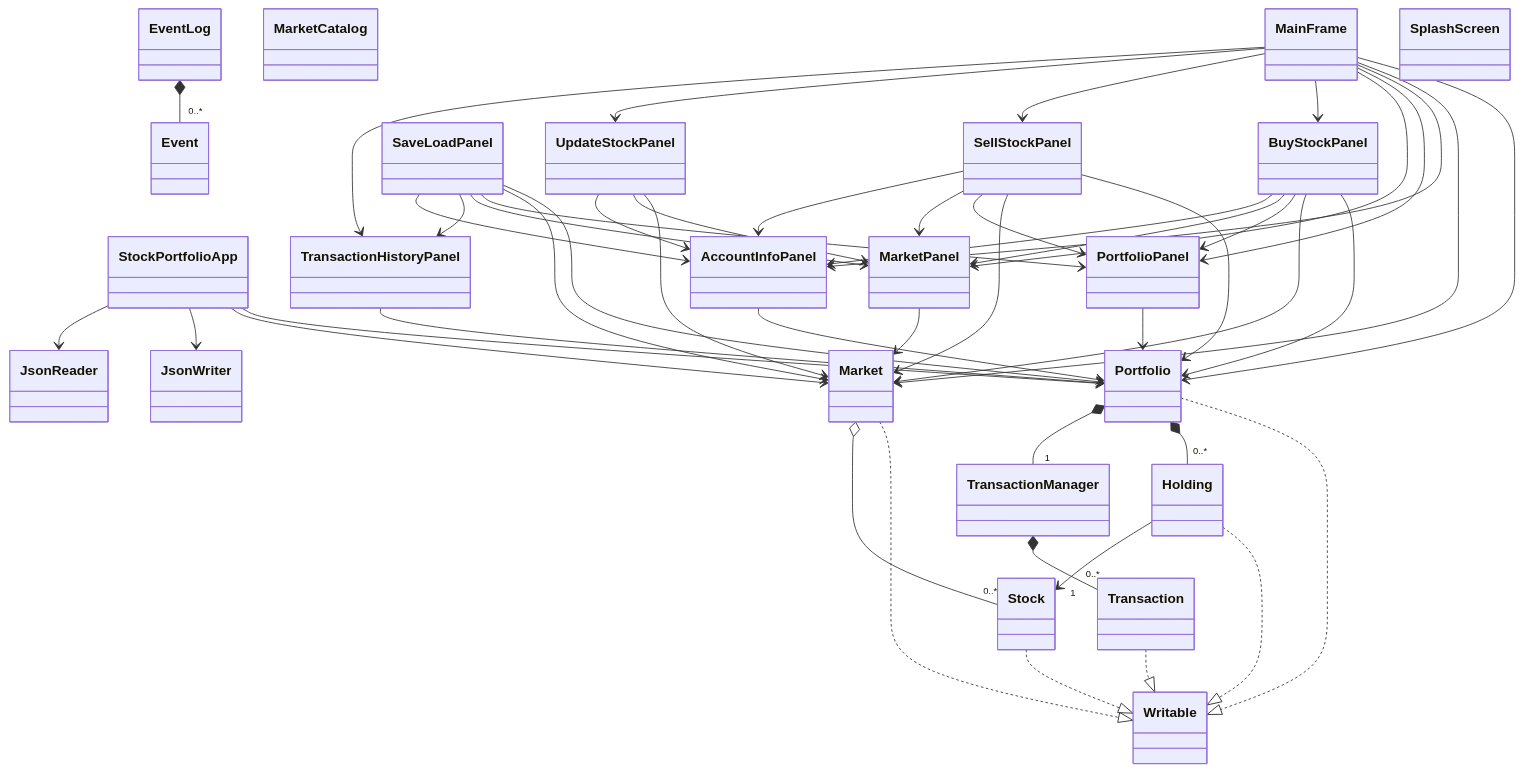
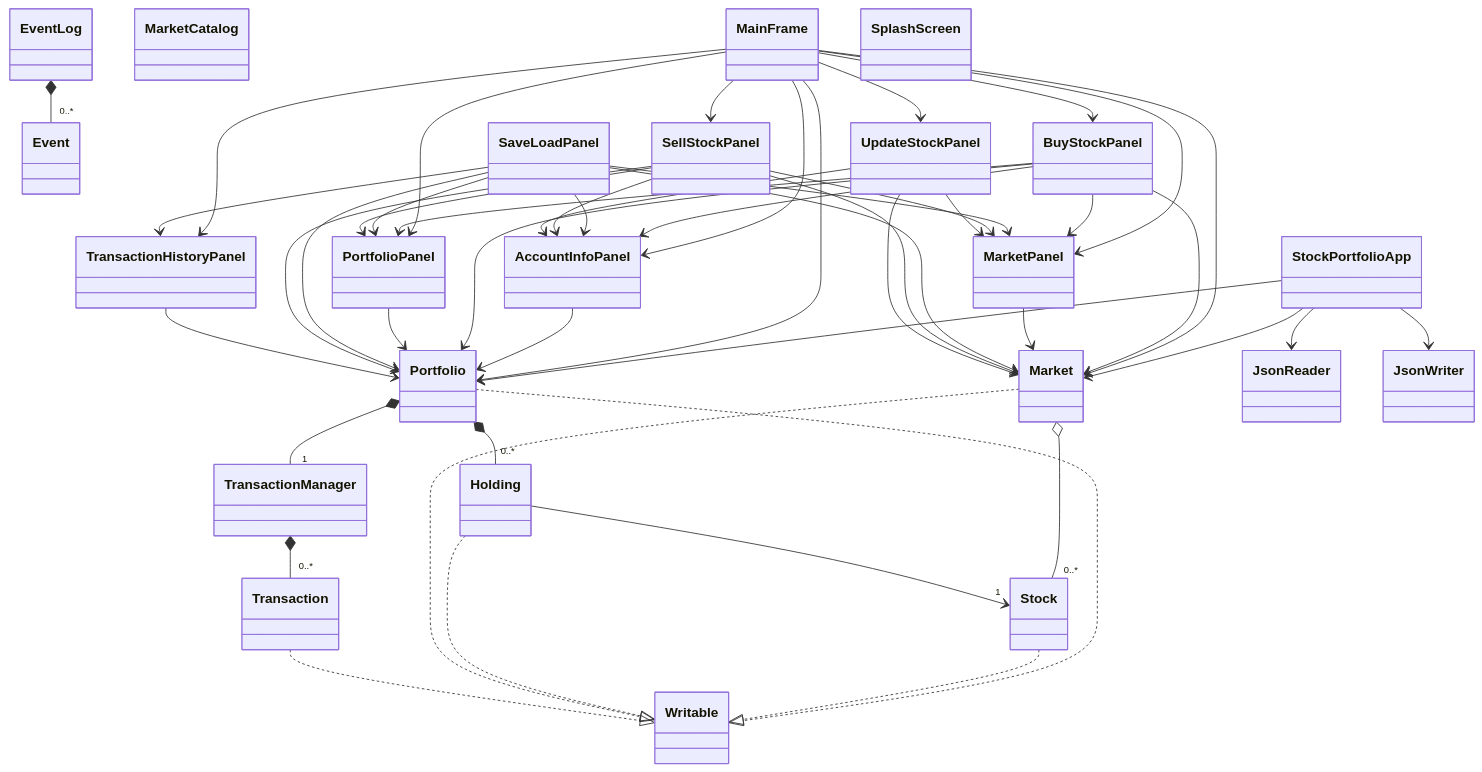
One commit to thaibinhbr97/stock-portfolio-tracker changed the diagram in UML_Design_Diagram.md. Above: the diagram before and after it, drawn with Mermaid.

Commit message:
edited UML Design Diagram for better visual

````diff
--- a/UML_Design_Diagram.md
+++ b/UML_Design_Diagram.md
@@ -1,20 +1,22 @@
 ```mermaid
 classDiagram
+    %% Model Package
     class Event
     class EventLog
-
     class Holding
     class Market
+    class MarketCatalog
     class Portfolio
     class Stock
     class Transaction
     class TransactionManager
-    class MarketCatalog
 
+    %% Persistence Package
     class Writable
     class JsonReader
     class JsonWriter
 
+    %% UI Package
     class StockPortfolioApp
     class MainFrame
     class SplashScreen
@@ -27,26 +29,31 @@
     class TransactionHistoryPanel
     class UpdateStockPanel
 
-    EventLog *-- "0..*" Event
-
+    %% Relationships: Interfaces
     Portfolio ..|> Writable
     Stock ..|> Writable
     Holding ..|> Writable
     Market ..|> Writable
     Transaction ..|> Writable
 
-    Holding --> "1" Stock
-    Market o-- "0..*" Stock
+    %% Relationships: Model Composition & Aggregation
+    EventLog *-- "0..*" Event
     Portfolio *-- "0..*" Holding
     Portfolio *-- "1" TransactionManager
     TransactionManager *-- "0..*" Transaction
-    
+    Market o-- "0..*" Stock
+    Holding --> "1" Stock
+
+    %% Relationships: UI -> Model & Persistence
     StockPortfolioApp --> Portfolio
     StockPortfolioApp --> Market
     StockPortfolioApp --> JsonWriter
     StockPortfolioApp --> JsonReader
+
     MainFrame --> Portfolio
     MainFrame --> Market
+    
+    %% Relationships: UI Composition (Panels)
     MainFrame --> AccountInfoPanel
     MainFrame --> PortfolioPanel
     MainFrame --> MarketPanel
@@ -54,26 +61,35 @@
     MainFrame --> SellStockPanel
     MainFrame --> UpdateStockPanel
     MainFrame --> TransactionHistoryPanel
+
+    %% Relationships: Panel Dependencies
     AccountInfoPanel --> Portfolio
+    
     BuyStockPanel --> Portfolio
     BuyStockPanel --> Market
     BuyStockPanel --> PortfolioPanel
     BuyStockPanel --> MarketPanel
     BuyStockPanel --> AccountInfoPanel
+    
     MarketPanel --> Market
+    
     PortfolioPanel --> Portfolio
+    
     SaveLoadPanel --> Portfolio
     SaveLoadPanel --> Market
     SaveLoadPanel --> PortfolioPanel
     SaveLoadPanel --> MarketPanel
     SaveLoadPanel --> TransactionHistoryPanel
     SaveLoadPanel --> AccountInfoPanel
+    
     SellStockPanel --> Portfolio
     SellStockPanel --> Market
     SellStockPanel --> PortfolioPanel
     SellStockPanel --> MarketPanel
     SellStockPanel --> AccountInfoPanel
+    
     TransactionHistoryPanel --> Portfolio
+    
     UpdateStockPanel --> Market
     UpdateStockPanel --> MarketPanel
     UpdateStockPanel --> AccountInfoPanel
````
